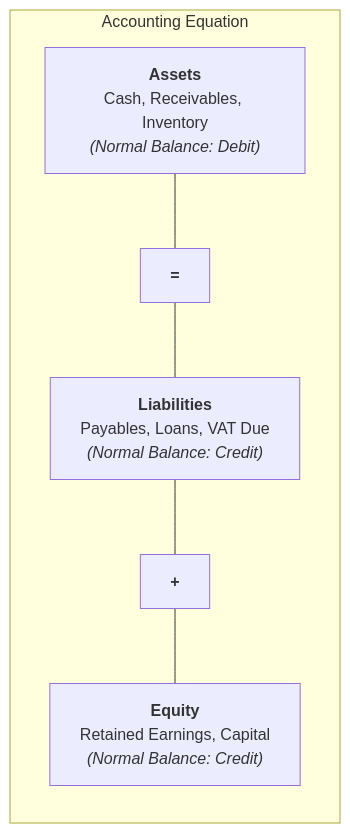
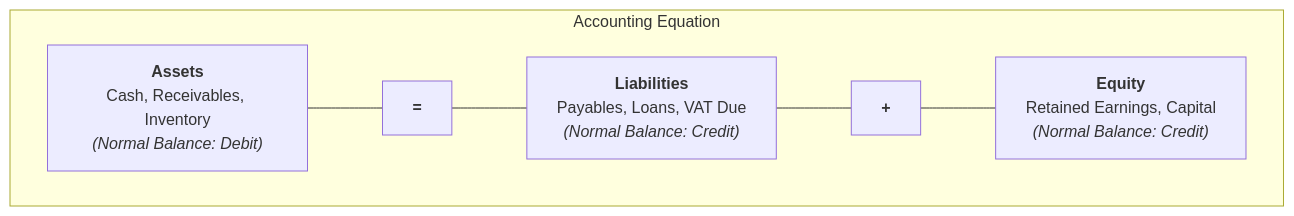
One commit to ManfredNelvin-Dev/curq-documentation changed the first of 5 diagrams in docs/Accounting/core-concepts/01-understanding-double-entry-bookkeeping-and-journals.md. Above: the diagram before and after it, drawn with Mermaid. The commit also changed other lines of this file and 93 other files, not shown here.

````diff
--- a/docs/Accounting/core-concepts/01-understanding-double-entry-bookkeeping-and-journals.md
+++ b/docs/Accounting/core-concepts/01-understanding-double-entry-bookkeeping-and-journals.md
@@ -17,18 +17,18 @@
 ```mermaid
 flowchart LR
     subgraph Accounting Equation
-        direction TB
+        direction LR
         A["`**Assets**
         Cash, Receivables, Inventory
         *(Normal Balance: Debit)*`"]
         EQ["`**=**`"]
         L["`**Liabilities**
         Payables, Loans, VAT Due
         *(Normal Balance: Credit)*`"]
         P["`**+**`"]
         E["`**Equity**
         Retained Earnings, Capital
         *(Normal Balance: Credit)*`"]
+        A --- EQ --- L --- P --- E
     end
-    A --- EQ --- L --- P --- E
 ```
````
